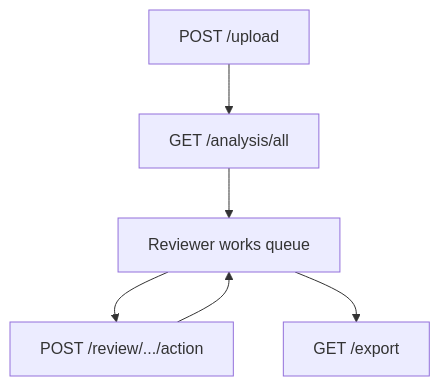
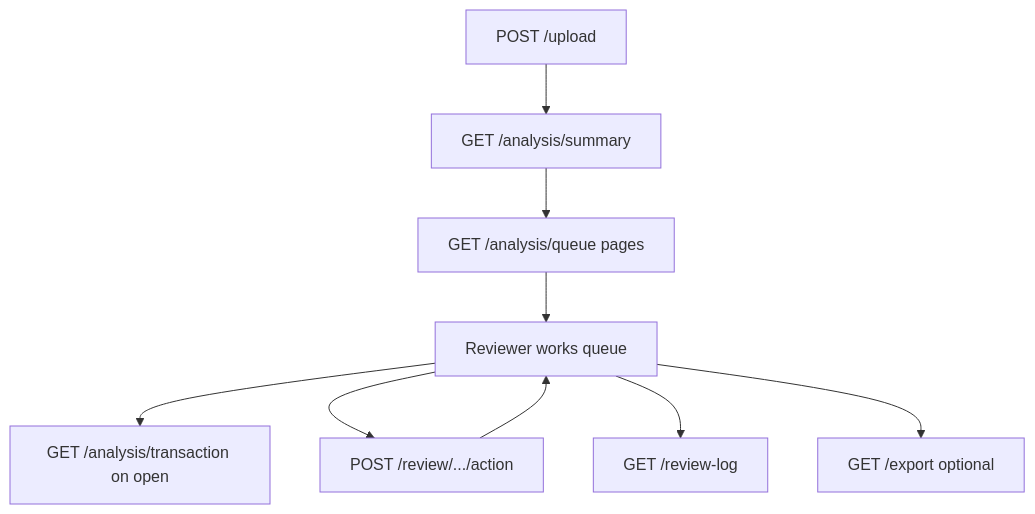
The diagram in backend/docs/03-api-guide.md (Benjamincf0/unfraud), drawn with Mermaid before and after one commit. The commit also changed other lines of this file and 11 other files, not shown here.

````diff
--- a/backend/docs/03-api-guide.md
+++ b/backend/docs/03-api-guide.md
@@ -135,8 +184,11 @@
 ```mermaid
 flowchart TD
-  A[POST /upload] --> B[GET /analysis/all]
-  B --> C[Reviewer works queue]
-  C --> D[POST /review/.../action]
-  D --> C
-  C --> E[GET /export]
+  A[POST /upload] --> B[GET /analysis/summary]
+  B --> C[GET /analysis/queue pages]
+  C --> D[Reviewer works queue]
+  D --> E[GET /analysis/transaction on open]
+  D --> F[POST /review/.../action]
+  F --> D
+  D --> G[GET /review-log]
+  D --> H[GET /export optional]
 ```
````
